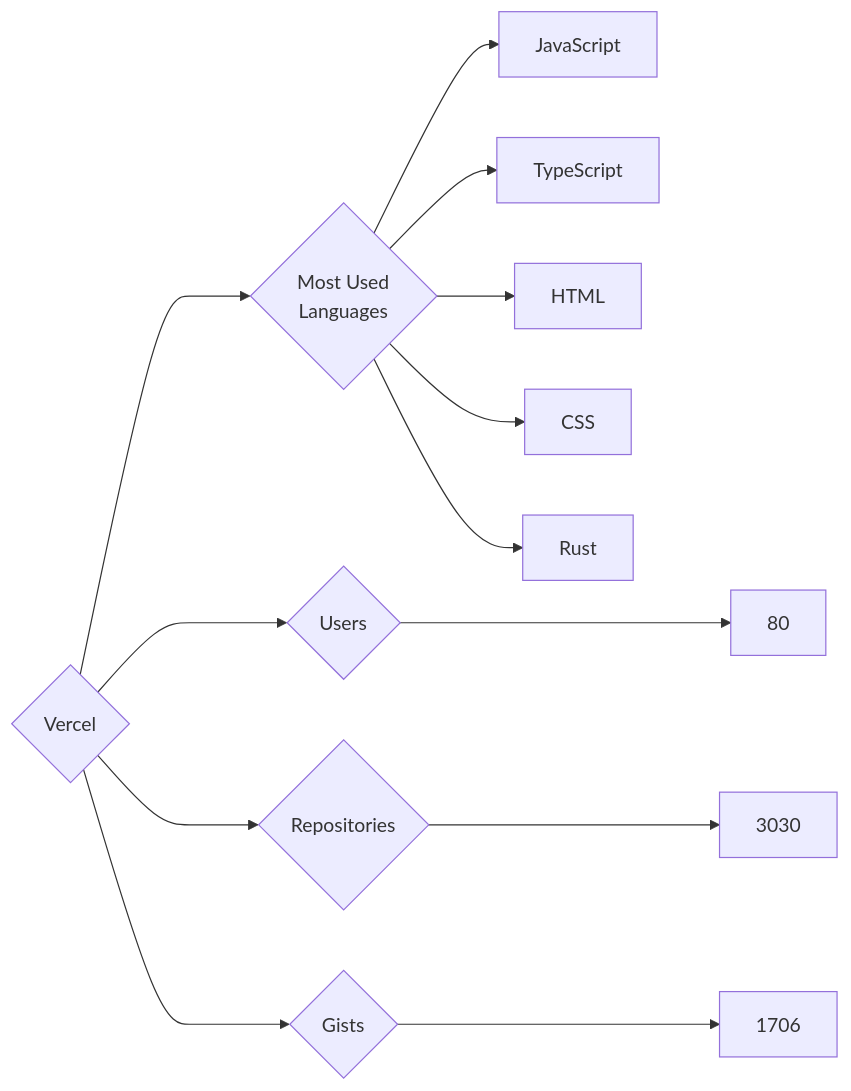
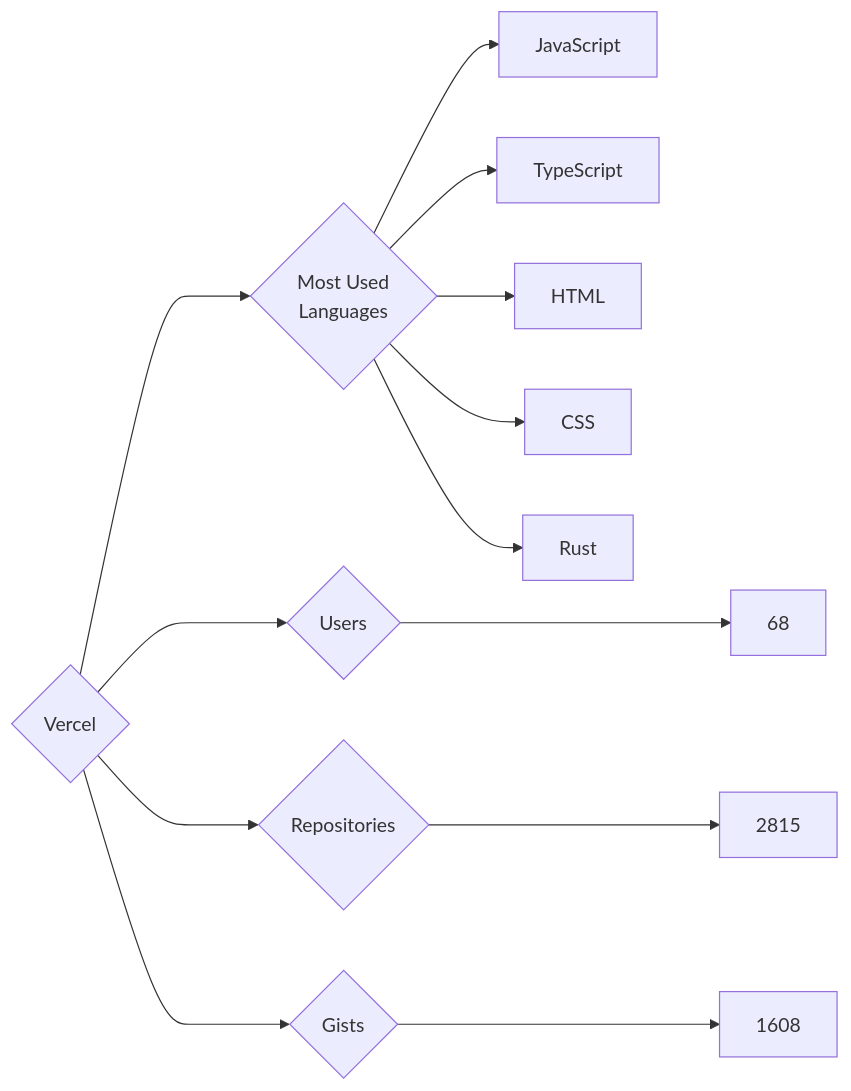
The diagram in targets/Vercel/README.md (trickest/insiders), drawn with Mermaid before and after one commit. The commit also changed 728 other files, not shown here.

````diff
--- a/targets/Vercel/README.md
+++ b/targets/Vercel/README.md
@@ -3,13 +3,13 @@
 ```mermaid
 graph LR
 COMPANY_NAME{Vercel}
-COMPANY_NAME ---> U{Users} ---> UN[80]
-COMPANY_NAME ---> R{Repositories} ---> RN[3030]
-COMPANY_NAME ---> G{Gists} ---> GN[1706]
+COMPANY_NAME ---> U{Users} ---> UN[68]
+COMPANY_NAME ---> R{Repositories} ---> RN[2815]
+COMPANY_NAME ---> G{Gists} ---> GN[1608]
 COMPANY_NAME ---> ML{Most Used<br>Languages}
 ML --> JavaScript[JavaScript]
 ML --> TypeScript[TypeScript]
 ML --> HTML[HTML]
 ML --> CSS[CSS]
 ML --> Rust[Rust]
 ```
````
